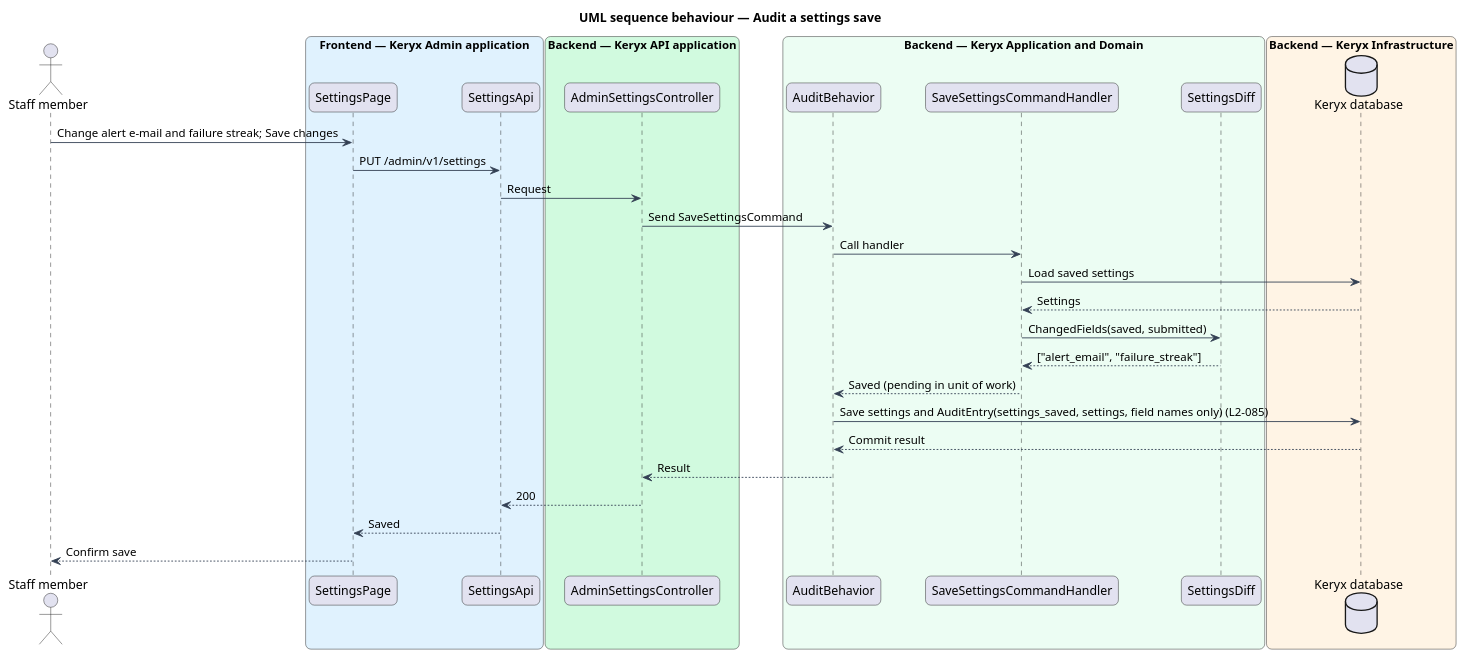
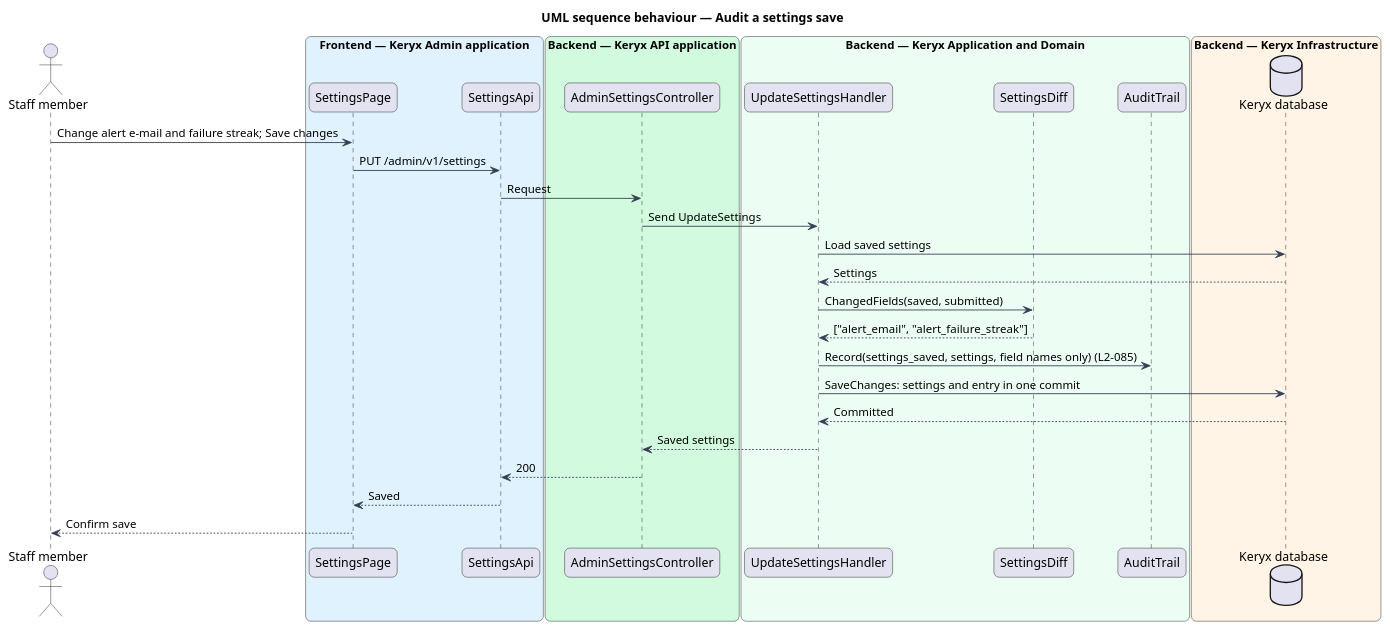
One commit to QuinntyneBrown/keryx changed the diagram in docs/detailed-designs/operations/audit-staff-actions/diagrams/sequence-settings-audit.puml. Above: the diagram before and after it, drawn with PlantUML. The commit also changed 23 other files, not shown here.

```diff
--- a/docs/detailed-designs/operations/audit-staff-actions/diagrams/sequence-settings-audit.puml
+++ b/docs/detailed-designs/operations/audit-staff-actions/diagrams/sequence-settings-audit.puml
@@ -1,49 +1,48 @@
 @startuml
 title UML sequence behaviour — Audit a settings save
 skinparam backgroundColor #FFFFFF
 skinparam shadowing false
 skinparam roundcorner 12
 skinparam defaultFontName Arial
 skinparam ArrowColor #344054
 skinparam rectangle {
   BorderColor #344054
   FontColor #101828
 }
 skinparam package {
   BorderColor #667085
   FontColor #101828
   BackgroundColor #F9FAFB
 }
 actor "Staff member" as actor
 box "Frontend — Keryx Admin application" #E0F2FE
   participant "SettingsPage" as page
   participant "SettingsApi" as client
 end box
 box "Backend — Keryx API application" #D1FADF
   participant "AdminSettingsController" as ctrl
 end box
 box "Backend — Keryx Application and Domain" #ECFDF3
-  participant "AuditBehavior" as beh
-  participant "SaveSettingsCommandHandler" as h
+  participant "UpdateSettingsHandler" as h
   participant "SettingsDiff" as diff
+  participant "AuditTrail" as trail
 end box
 box "Backend — Keryx Infrastructure" #FFF4E5
   database "Keryx database" as db
 end box
 actor -> page : Change alert e-mail and failure streak; Save changes
 page -> client : PUT /admin/v1/settings
 client -> ctrl : Request
-ctrl -> beh : Send SaveSettingsCommand
-beh -> h : Call handler
+ctrl -> h : Send UpdateSettings
 h -> db : Load saved settings
 db --> h : Settings
 h -> diff : ChangedFields(saved, submitted)
-diff --> h : ["alert_email", "failure_streak"]
-h --> beh : Saved (pending in unit of work)
-beh -> db : Save settings and AuditEntry(settings_saved, settings, field names only) (L2-085)
-db --> beh : Commit result
-beh --> ctrl : Result
+diff --> h : ["alert_email", "alert_failure_streak"]
+h -> trail : Record(settings_saved, settings, field names only) (L2-085)
+h -> db : SaveChanges: settings and entry in one commit
+db --> h : Committed
+h --> ctrl : Saved settings
 ctrl --> client : 200
 client --> page : Saved
 page --> actor : Confirm save
 @enduml
```
